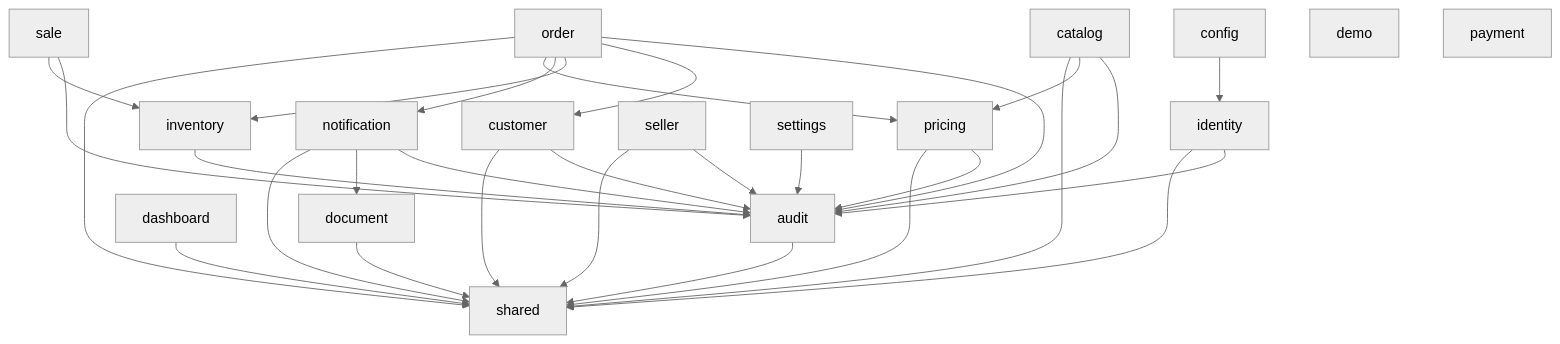
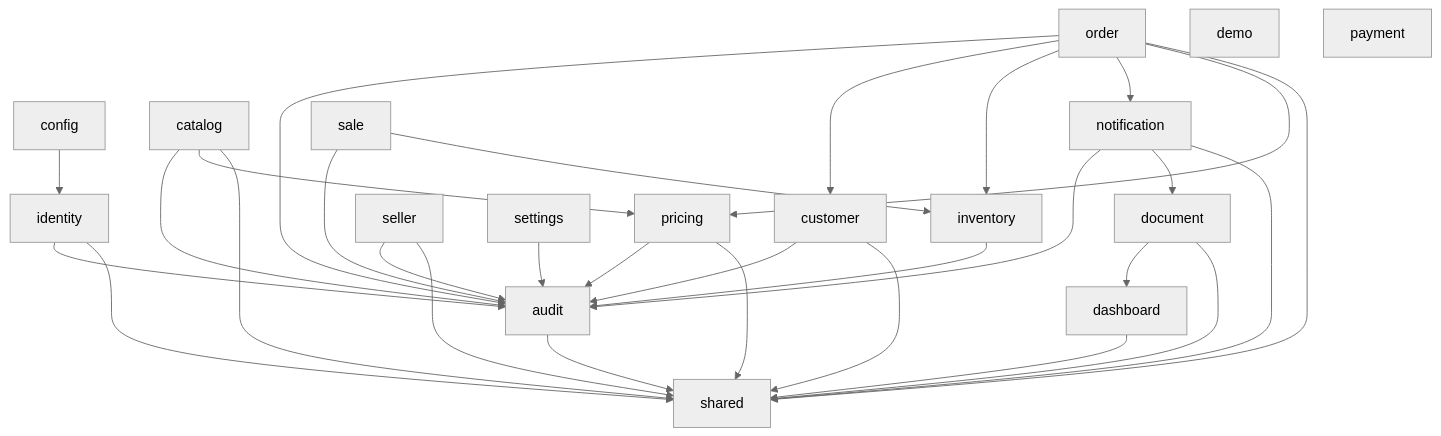
Before and after one commit to Martinrc93/distribuidoraCore: the diagram in docs/architecture/module-boundaries.md, drawn with Mermaid (neutral theme). The commit also changed other lines of this file and 20 other files, not shown here.

````diff
--- a/docs/architecture/module-boundaries.md
+++ b/docs/architecture/module-boundaries.md
@@ -31,33 +31,34 @@
 ```mermaid
 flowchart TD
     config --> identity
     identity --> audit
     identity --> shared
     catalog --> audit
     catalog --> pricing
     catalog --> shared
     customer --> audit
     customer --> shared
     dashboard --> shared
+    document --> dashboard
     document --> shared
     inventory --> audit
     notification --> audit
     notification --> document
     notification --> shared
     order --> audit
     order --> customer
     order --> inventory
     order --> notification
     order --> pricing
     order --> shared
     pricing --> audit
     pricing --> shared
     sale --> audit
     sale --> inventory
     seller --> audit
     seller --> shared
     settings --> audit
     audit --> shared
     demo
     payment
 ```
````
